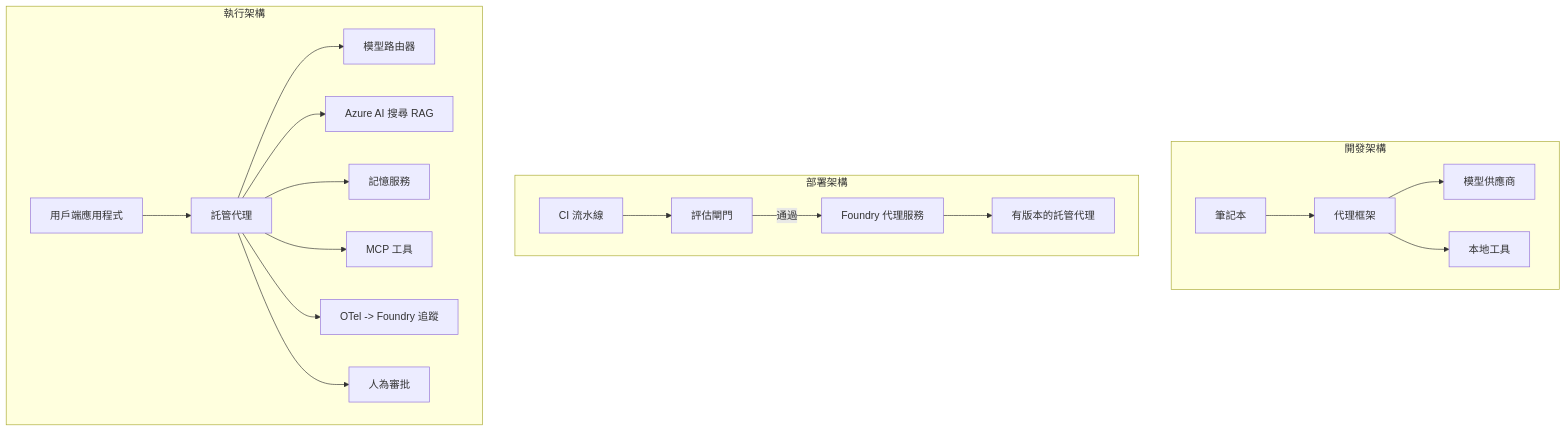
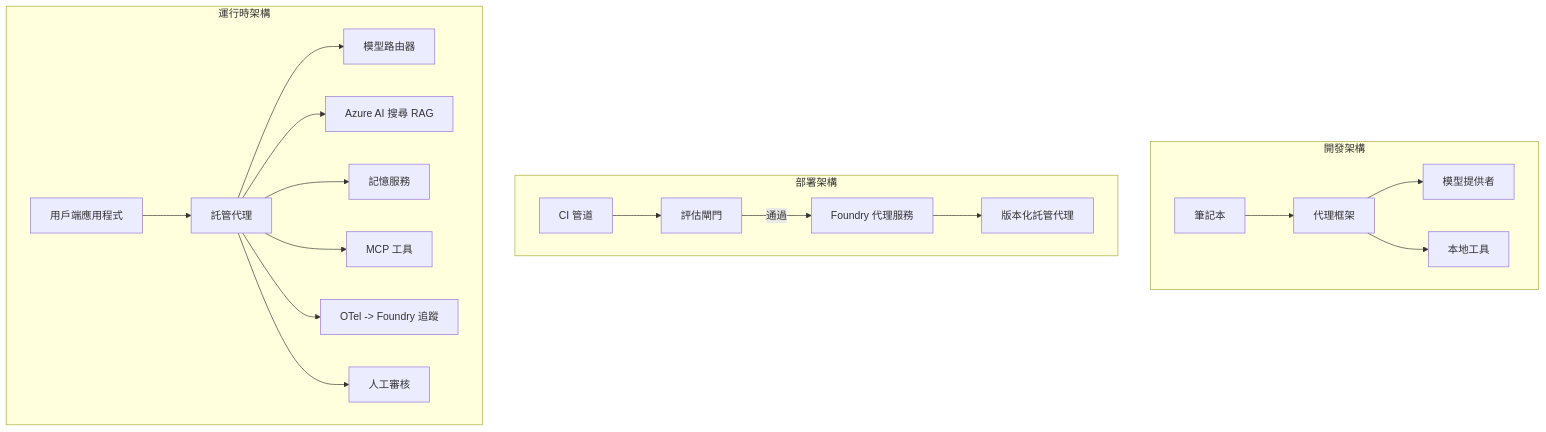
Before and after one commit to microsoft/ai-agents-for-beginners: the fourth of 4 diagrams in translations/zh-MO/16-deploying-scalable-agents/README.md, drawn with Mermaid. The commit also changed other lines of this file and 44 other files, not shown here.

````diff
--- a/translations/zh-MO/16-deploying-scalable-agents/README.md
+++ b/translations/zh-MO/16-deploying-scalable-agents/README.md
@@ -185,22 +185,22 @@
 ```mermaid
 flowchart TB
     subgraph Dev[開發架構]
         D1[筆記本] --> D2[代理框架]
-        D2 --> D3[模型供應商]
+        D2 --> D3[模型提供者]
         D2 --> D4[本地工具]
     end
     subgraph Deploy[部署架構]
-        E1[CI 流水線] --> E2[評估閘門]
+        E1[CI 管道] --> E2[評估閘門]
         E2 -->|通過| E3[Foundry 代理服務]
-        E3 --> E4[有版本的託管代理]
+        E3 --> E4[版本化託管代理]
     end
-    subgraph Run[執行架構]
+    subgraph Run[運行時架構]
         F1[用戶端應用程式] --> F2[託管代理]
         F2 --> F3[模型路由器]
         F2 --> F4[Azure AI 搜尋 RAG]
         F2 --> F5[記憶服務]
         F2 --> F6[MCP 工具]
         F2 --> F7[OTel -> Foundry 追蹤]
-        F2 --> F8[人為審批]
+        F2 --> F8[人工審核]
     end
 ```
````
